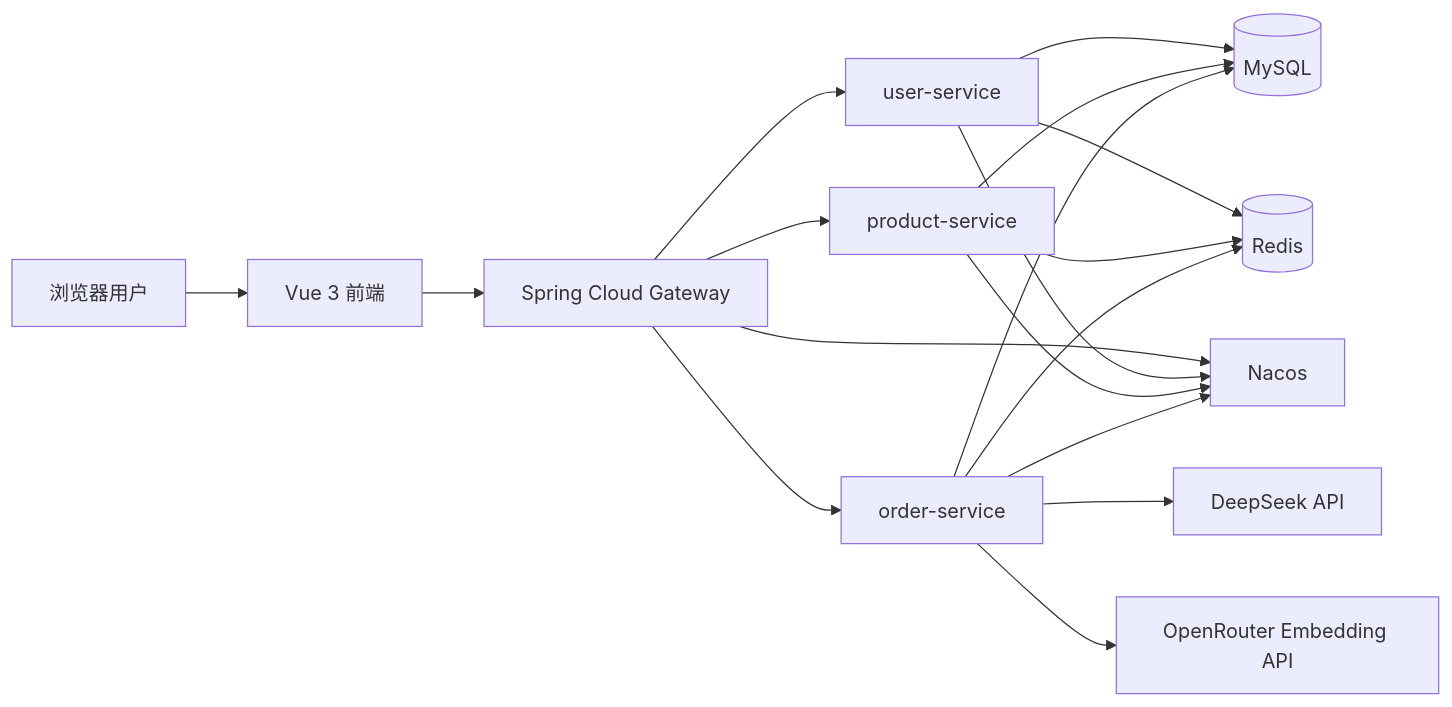
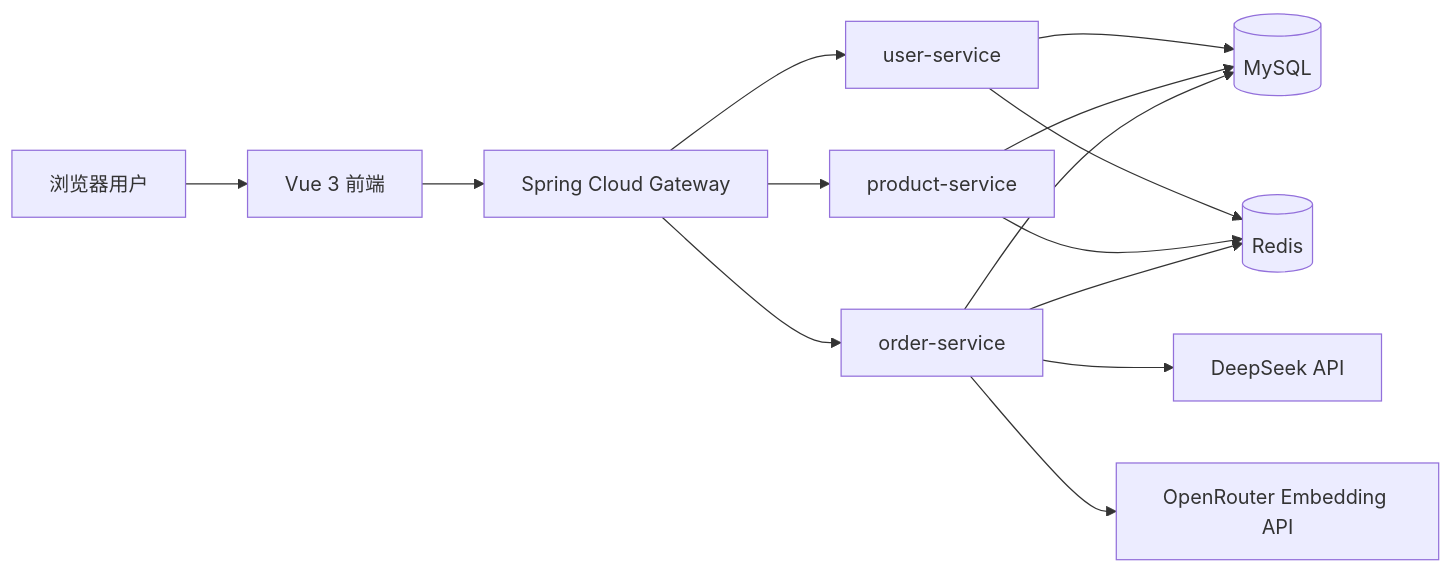
The diagram in README.md (yuyukosama2004/rag-shopping-assistant-platform), drawn with Mermaid before and after one commit. The commit also changed other lines of this file and 26 other files, not shown here.

````diff
--- a/README.md
+++ b/README.md
@@ -91,25 +91,21 @@
 ```mermaid
 flowchart LR
     U[浏览器用户] --> F[Vue 3 前端]
     F --> G[Spring Cloud Gateway]
 
     G --> US[user-service]
     G --> PS[product-service]
     G --> OS[order-service]
 
     US --> DB[(MySQL)]
     PS --> DB
     OS --> DB
 
     US --> R[(Redis)]
     PS --> R
     OS --> R
 
     OS --> AI[DeepSeek API]
     OS --> EMB[OpenRouter Embedding API]
 
-    G --> N[Nacos]
-    US --> N
-    PS --> N
-    OS --> N
 ```
````
